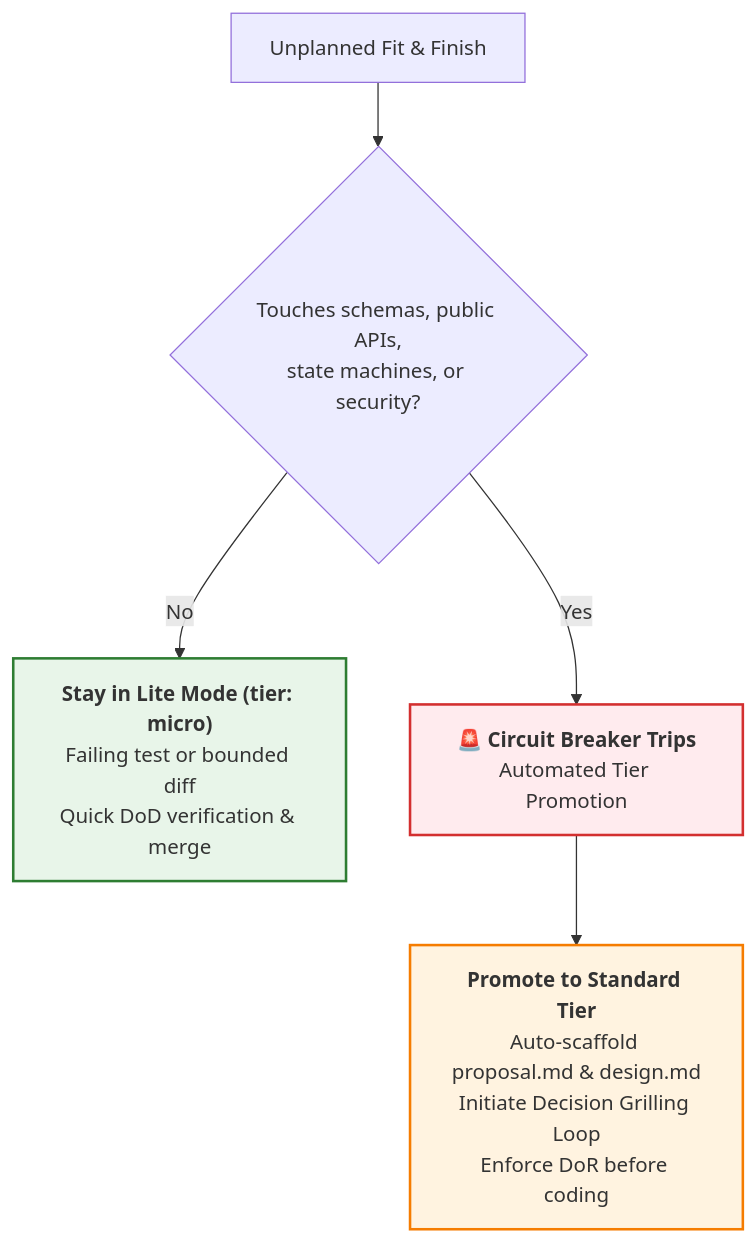
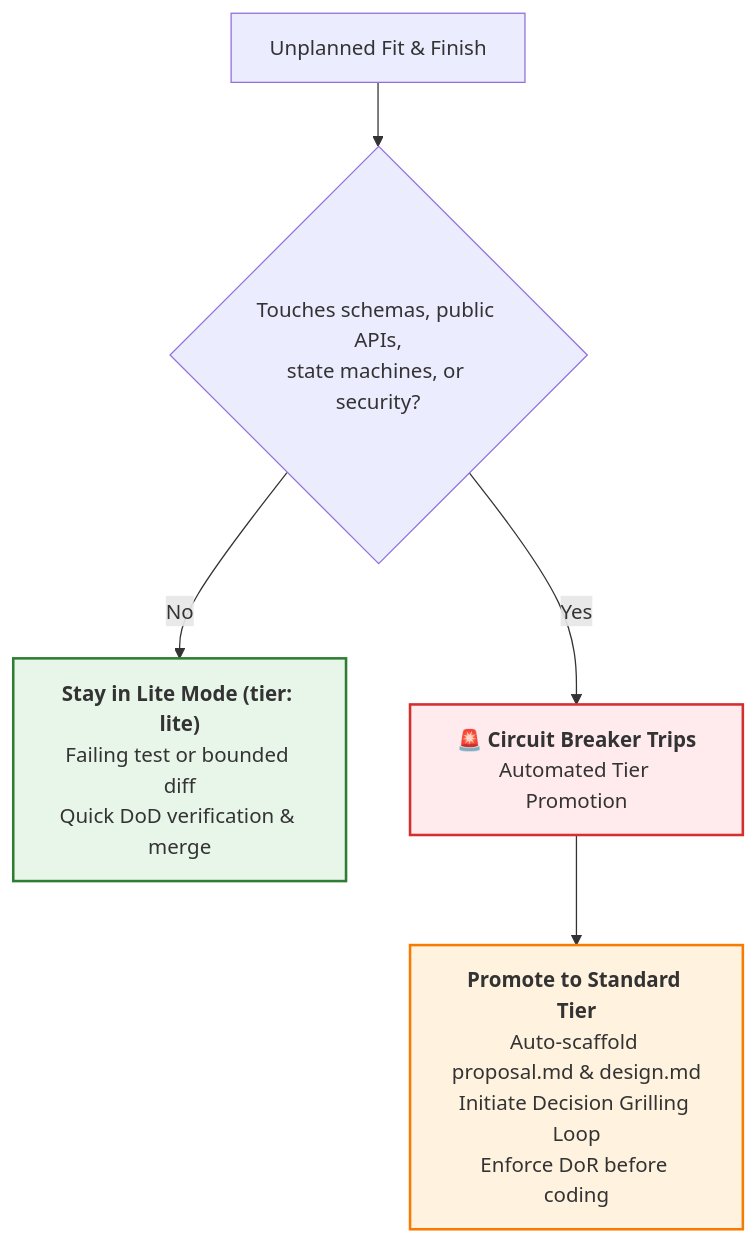
Before and after one commit to keolo/keolo-com: the third of 3 diagrams in content/posts/planned-vs-unplanned-work-in-agentic-development.md, drawn with Mermaid. The commit also changed other lines of this file, not shown here.

Commit message:
docs(blog): standardize tier terminology to lite, standard, and major

````diff
--- a/content/posts/planned-vs-unplanned-work-in-agentic-development.md
+++ b/content/posts/planned-vs-unplanned-work-in-agentic-development.md
@@ -117,13 +117,13 @@
 ```mermaid
 flowchart TD
     Start["Unplanned Fit & Finish"] --> Check{"Touches schemas, public APIs,<br/>state machines, or security?"}
     
-    Check -- No --> Micro["<b>Stay in Lite Mode (tier: micro)</b><br/>Failing test or bounded diff<br/>Quick DoD verification & merge"]
+    Check -- No --> LiteNode["<b>Stay in Lite Mode (tier: lite)</b><br/>Failing test or bounded diff<br/>Quick DoD verification & merge"]
     
     Check -- Yes --> Breaker["<b>🚨 Circuit Breaker Trips</b><br/>Automated Tier Promotion"]
     Breaker --> Escalate["<b>Promote to Standard Tier</b><br/>Auto-scaffold proposal.md & design.md<br/>Initiate Decision Grilling Loop<br/>Enforce DoR before coding"]
     
     style Breaker fill:#ffebee,stroke:#d32f2f,stroke-width:2px
     style Escalate fill:#fff3e0,stroke:#f57c00,stroke-width:2px
-    style Micro fill:#e8f5e9,stroke:#2e7d32,stroke-width:2px
+    style LiteNode fill:#e8f5e9,stroke:#2e7d32,stroke-width:2px
 ```
````
